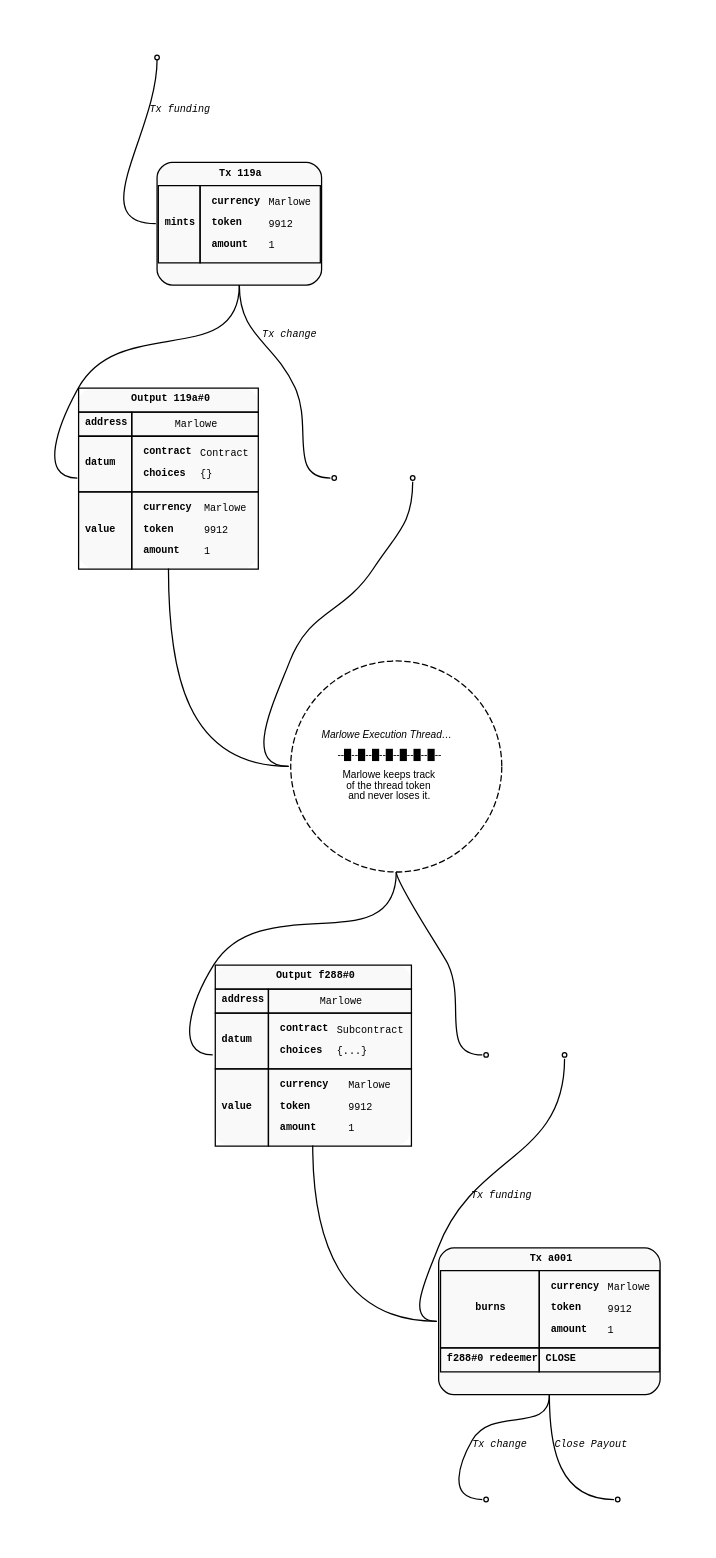
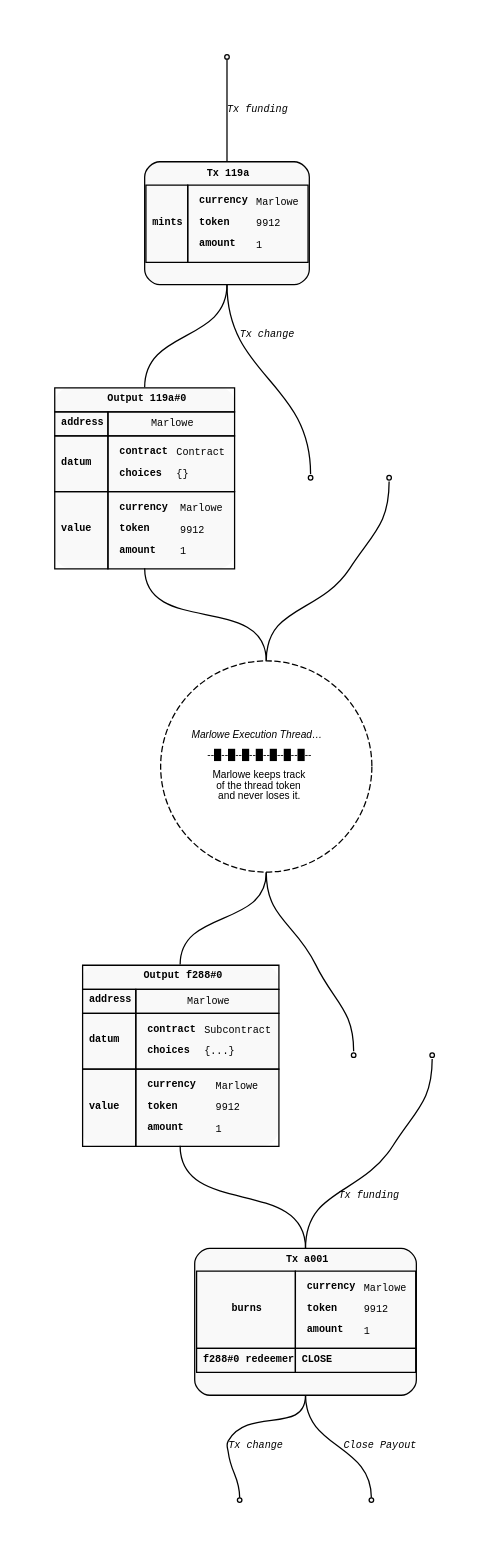
The diagram in diagrams/utxo-marlowe-thread-token.dot (marlowe-lang/marlowe-oracle-protocol), drawn with Graphviz before and after one commit. The commit also changed 22 other files, not shown here.

Commit message:
Actually make diagrams top-down

```diff
--- a/diagrams/utxo-marlowe-thread-token.dot
+++ b/diagrams/utxo-marlowe-thread-token.dot
@@ -2,7 +2,7 @@
   rankdir=TD;
   graph [pad="0.5", nodesep="0.8", ranksep="1"];
   node [shape=rect, style="filled,rounded", fillcolor="#f9f9f9", fontname="Courier New", fontsize="8pt"];
-  edge [arrowhead=none, headport=w, tailport="s", color="#aaa", fontname="Courier New", fontsize="8pt"];
+  edge [arrowhead=none, headport="n", tailport="s", color="#aaa", fontname="Courier New", fontsize="8pt"];
 
   MintingFundingOutput [shape=point];
   MintingFundingOutput -> MintingTx [label=<<i>Tx funding</i>>];
```
